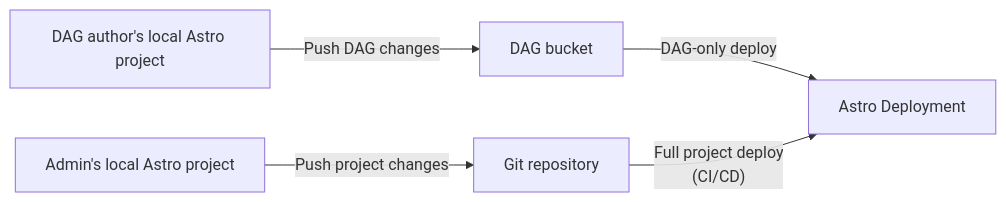
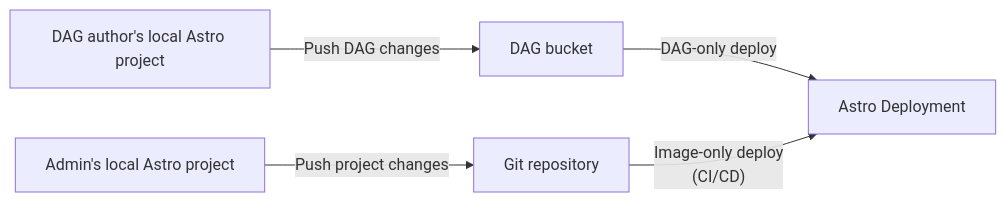
One commit to astronomer/docs changed the fourth of 4 diagrams in astro/set-up-ci-cd.md. Above: the diagram before and after it, drawn with Mermaid. The commit also changed other lines of this file and 1 other file, not shown here.

Commit message:
Remove callouts + update graphics

````diff
--- a/astro/set-up-ci-cd.md
+++ b/astro/set-up-ci-cd.md
@@ -162,9 +156,9 @@
 ```mermaid
 flowchart LR;
     classDef subgraph_padding fill:none,stroke:none
     classDef astro fill:#dbcdf6,stroke:#333,stroke-width:2px;
     id1[Admin's local Astro project]-->|Push project changes|id5[Git repository]
     id4[DAG author's local Astro project]-->|Push DAG changes|id2[DAG bucket]
     id2-->|"DAG-only deploy" | id3[Astro Deployment]
-    id5-->|"Full project deploy </br> (CI/CD)"|id3
+    id5-->|"Image-only deploy </br> (CI/CD)"|id3
 ```
````
